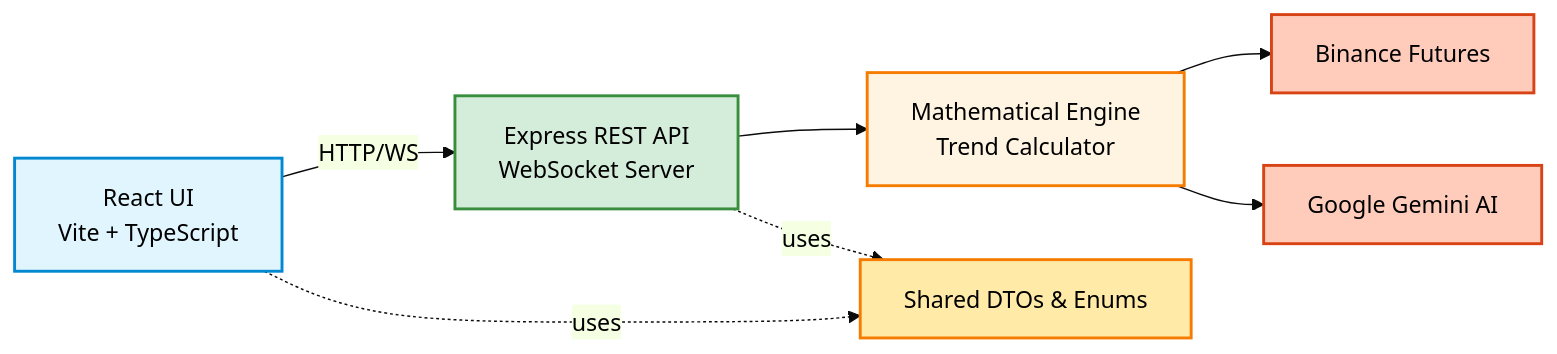
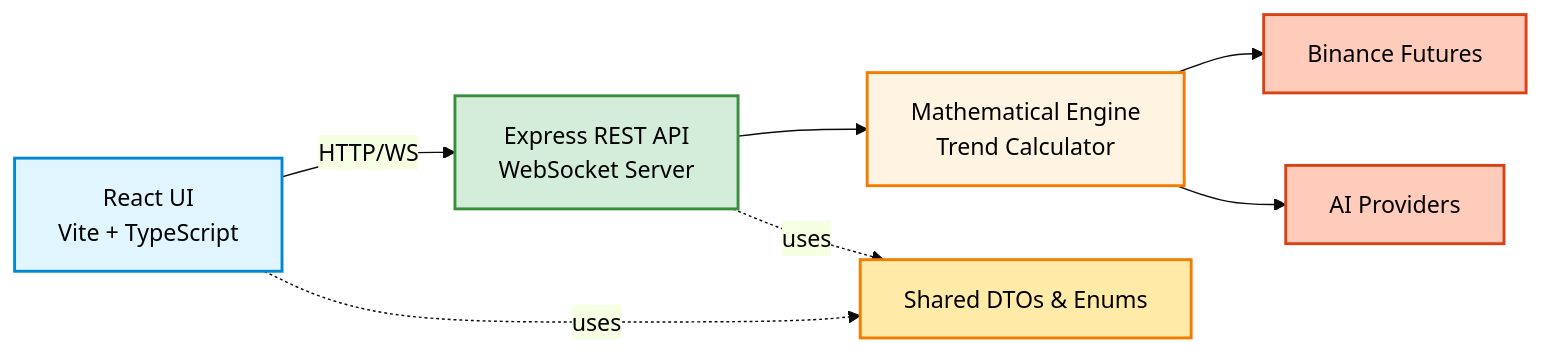
One commit to M2H-Machine-to-Human-Race/Ark.Alliance.Trading.TrendsCalculator changed the diagram in README.md. Above: the diagram before and after it, drawn with Mermaid. The commit also changed other lines of this file and 1 other file, not shown here.

Commit message:
docs: update documentation to reflect multi-provider AI support (Anthropic, OpenAI, Gemini)

````diff
--- a/README.md
+++ b/README.md
@@ -39,24 +39,24 @@
 ```mermaid
 %%{init: {'theme':'base', 'themeVariables': { 'primaryColor':'#e1f5ff','primaryTextColor':'#000','primaryBorderColor':'#0288d1'}}}%%
 graph LR
     UI[React UI<br/>Vite + TypeScript]
     API[Express REST API<br/>WebSocket Server]
     Domain[Mathematical Engine<br/>Trend Calculator]
     Ext1[Binance Futures]
-    Ext2[Google Gemini AI]
+    Ext2[AI Providers]
     Share[Shared DTOs & Enums]
     
     UI -->|HTTP/WS| API
     API --> Domain
     Domain --> Ext1
     Domain --> Ext2
     UI -.uses.-> Share
     API -.uses.-> Share
     
     style UI fill:#e1f5ff,stroke:#0288d1,stroke-width:2px
     style API fill:#d4edda,stroke:#388e3c,stroke-width:2px
    style Domain fill:#fff4e1,stroke:#f57c00,stroke-width:2px
     style Share fill:#ffeaa7,stroke:#f57c00,stroke-width:2px
     style Ext1 fill:#ffccbc,stroke:#d84315,stroke-width:2px
     style Ext2 fill:#ffccbc,stroke:#d84315,stroke-width:2px
 ```
````
